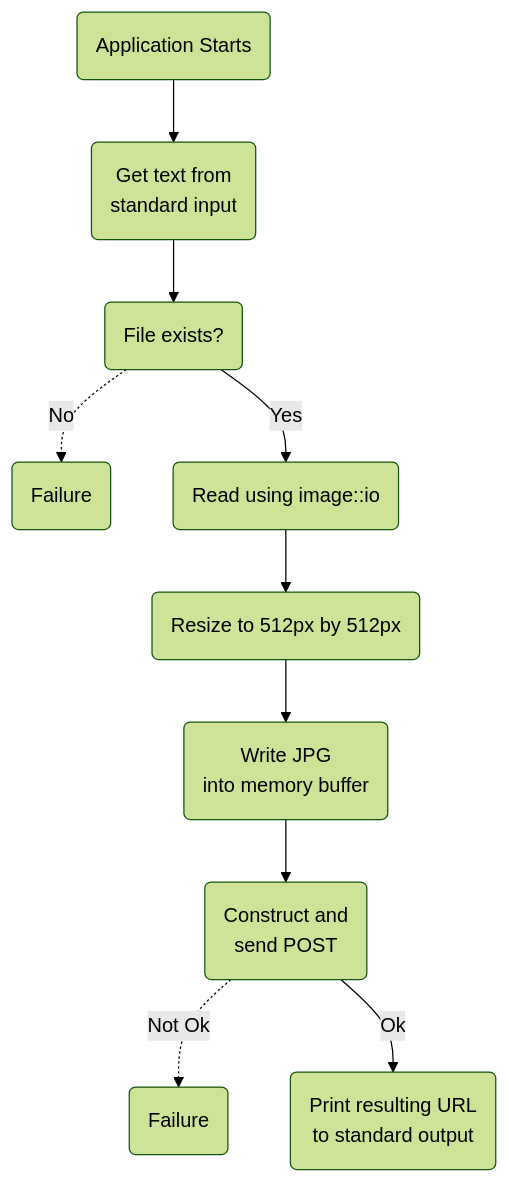
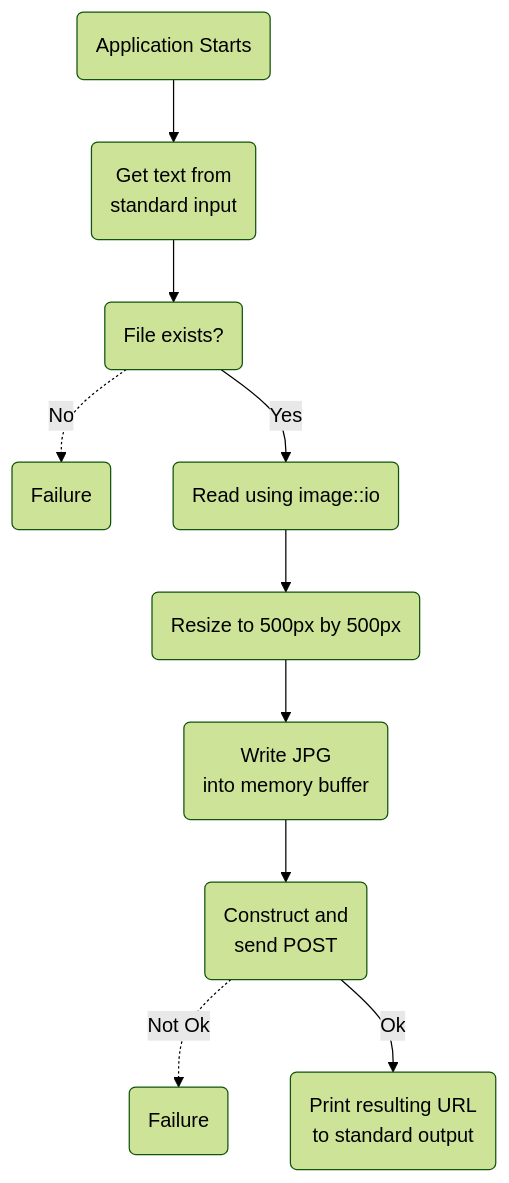
The diagram in README.md (realoksi/foobar2000-catbox), drawn with Mermaid (forest theme) before and after one commit. The commit also changed other lines of this file, not shown here.

Commit message:
feature added, checked todo item, modified chart

````diff
--- a/README.md
+++ b/README.md
@@ -12,12 +13,12 @@
 ```mermaid
 flowchart TD
     A(Application Starts)-->
     B(Get text from\nstandard input)-->
     C(File exists?)-.->|No|D(Failure)
     C-->|Yes|E(Read using image::io)
-    E-->F(Resize to 512px by 512px)
+    E-->F(Resize to 500px by 500px)
     F-->G(Write JPG\ninto memory buffer)
     G-->H(Construct and\nsend POST)
     H-.->|Not Ok|I(Failure)
     H-->|Ok|J(Print resulting URL\nto standard output)
 ```
````
